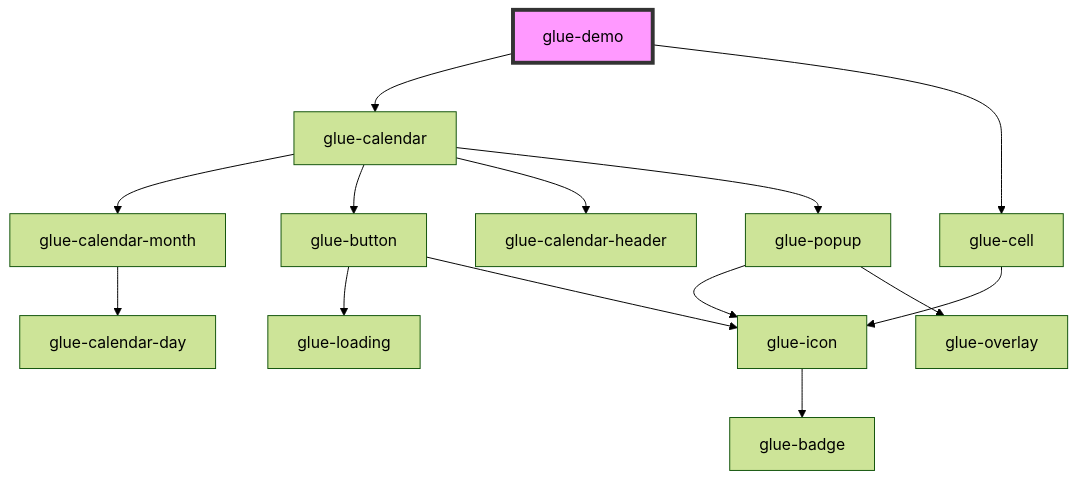
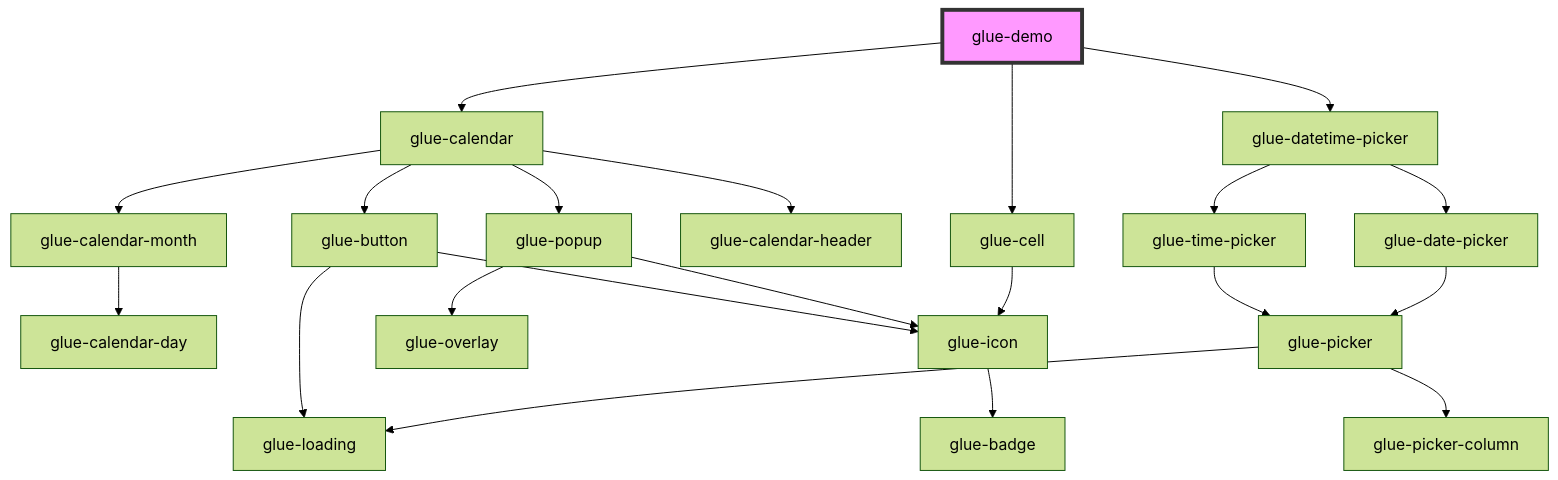
Before and after one commit to grasilife/glue: the diagram in packages/glue-components/src/components/glue-demo/readme.md, drawn with Mermaid (forest theme). The commit also changed other lines of this file and 10 other files, not shown here.

````diff
--- a/packages/glue-components/src/components/glue-demo/readme.md
+++ b/packages/glue-components/src/components/glue-demo/readme.md
@@ -16,17 +17,24 @@
 ```mermaid
 graph TD;
   glue-demo --> glue-calendar
+  glue-demo --> glue-datetime-picker
   glue-demo --> glue-cell
   glue-calendar --> glue-calendar-month
   glue-calendar --> glue-button
   glue-calendar --> glue-calendar-header
   glue-calendar --> glue-popup
   glue-calendar-month --> glue-calendar-day
   glue-button --> glue-loading
   glue-button --> glue-icon
   glue-icon --> glue-badge
   glue-popup --> glue-icon
   glue-popup --> glue-overlay
+  glue-datetime-picker --> glue-time-picker
+  glue-datetime-picker --> glue-date-picker
+  glue-time-picker --> glue-picker
+  glue-picker --> glue-picker-column
+  glue-picker --> glue-loading
+  glue-date-picker --> glue-picker
   glue-cell --> glue-icon
   style glue-demo fill:#f9f,stroke:#333,stroke-width:4px
 ```
````
